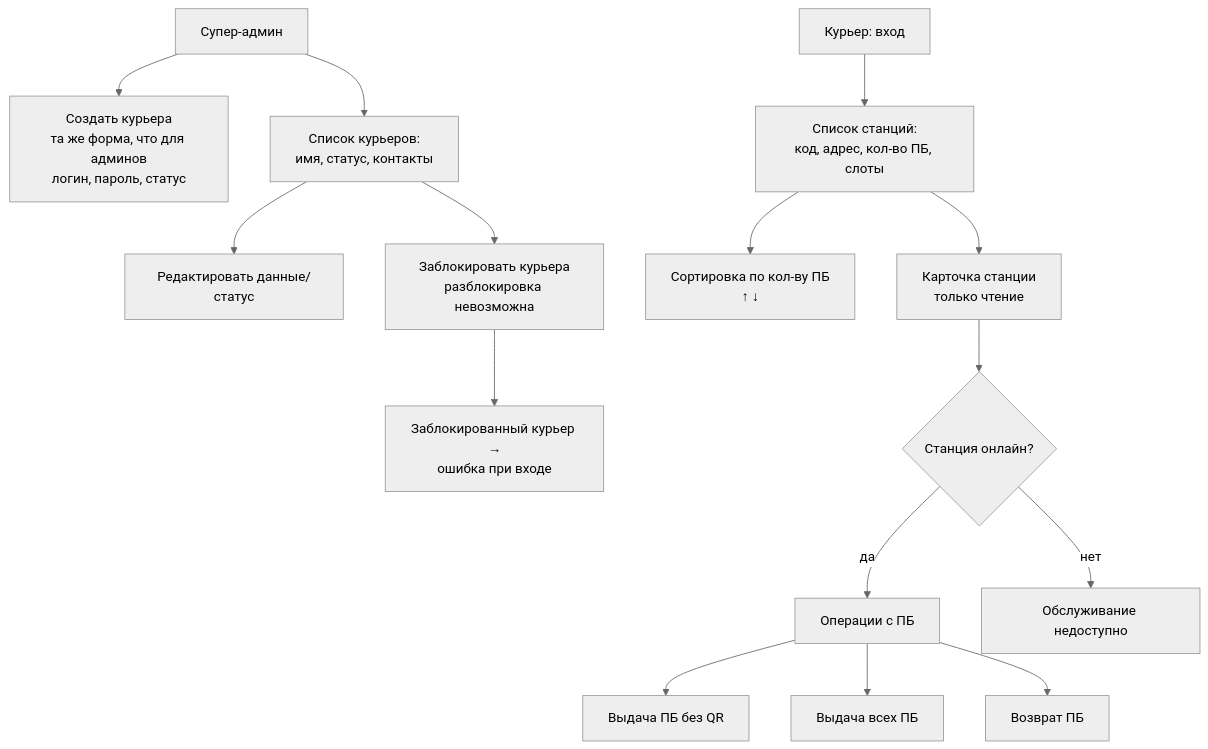
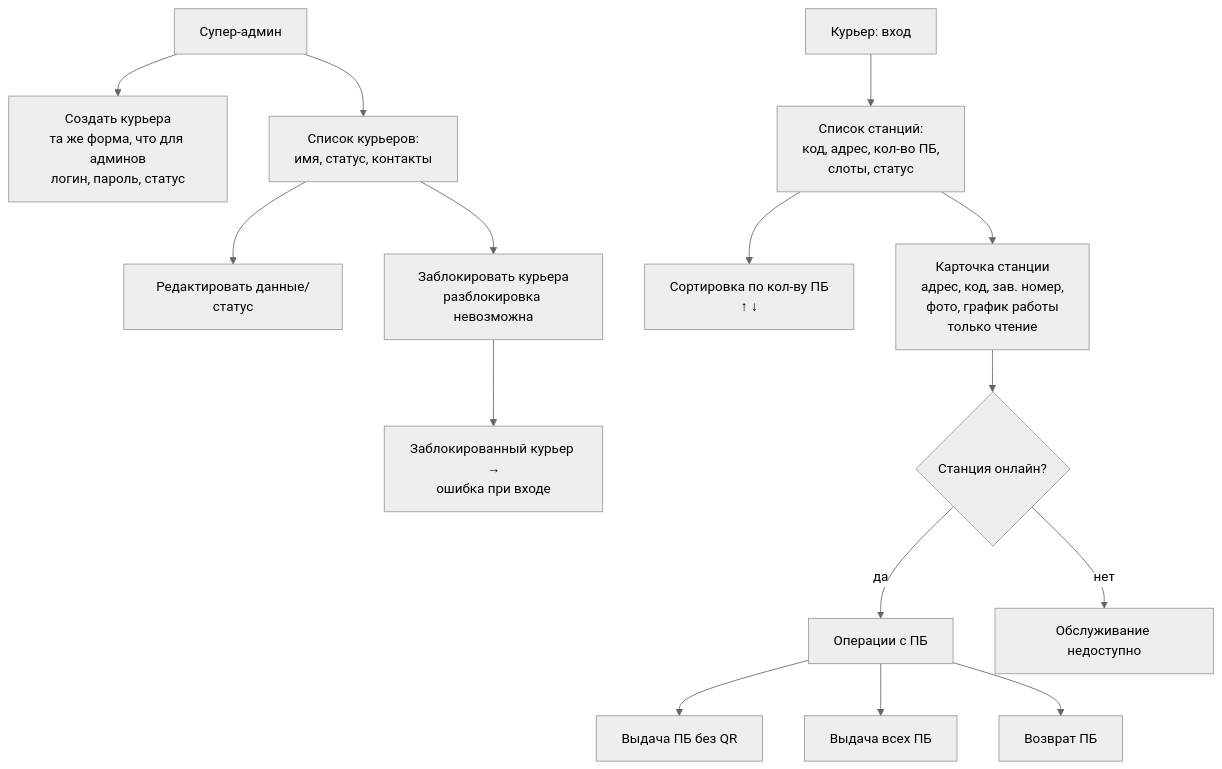
The first of 2 diagrams in gozap-documentation/sa/docs/admin/courier-management/diagrams/overview.md (yatsin11-gif/example), drawn with Mermaid (neutral theme) before and after one commit. The commit also changed other lines of this file and 7 other files, not shown here.

````diff
--- a/gozap-documentation/sa/docs/admin/courier-management/diagrams/overview.md
+++ b/gozap-documentation/sa/docs/admin/courier-management/diagrams/overview.md
@@ -7,18 +7,18 @@
 ```mermaid
 flowchart TD
     SA[Супер-админ] --> CREATE[Создать курьера<br/>та же форма, что для админов<br/>логин, пароль, статус]
     SA --> CL[Список курьеров:<br/>имя, статус, контакты]
     CL --> EDIT[Редактировать данные/статус]
     CL --> BLOCK[Заблокировать курьера<br/>разблокировка невозможна]
     BLOCK --> ERR[Заблокированный курьер →<br/>ошибка при входе]
 
-    C[Курьер: вход] --> SL[Список станций:<br/>код, адрес, кол-во ПБ, слоты]
+    C[Курьер: вход] --> SL[Список станций:<br/>код, адрес, кол-во ПБ,<br/>слоты, статус]
     SL --> SORT[Сортировка по кол-ву ПБ<br/>↑ ↓]
-    SL --> CARD[Карточка станции<br/>только чтение]
+    SL --> CARD[Карточка станции<br/>адрес, код, зав. номер,<br/>фото, график работы<br/>только чтение]
     CARD --> ON{Станция онлайн?}
     ON -->|да| OPS[Операции с ПБ]
     ON -->|нет| NOOPS[Обслуживание недоступно]
     OPS --> DISP[Выдача ПБ без QR]
     OPS --> ALL[Выдача всех ПБ]
     OPS --> RET[Возврат ПБ]
 ```
````
